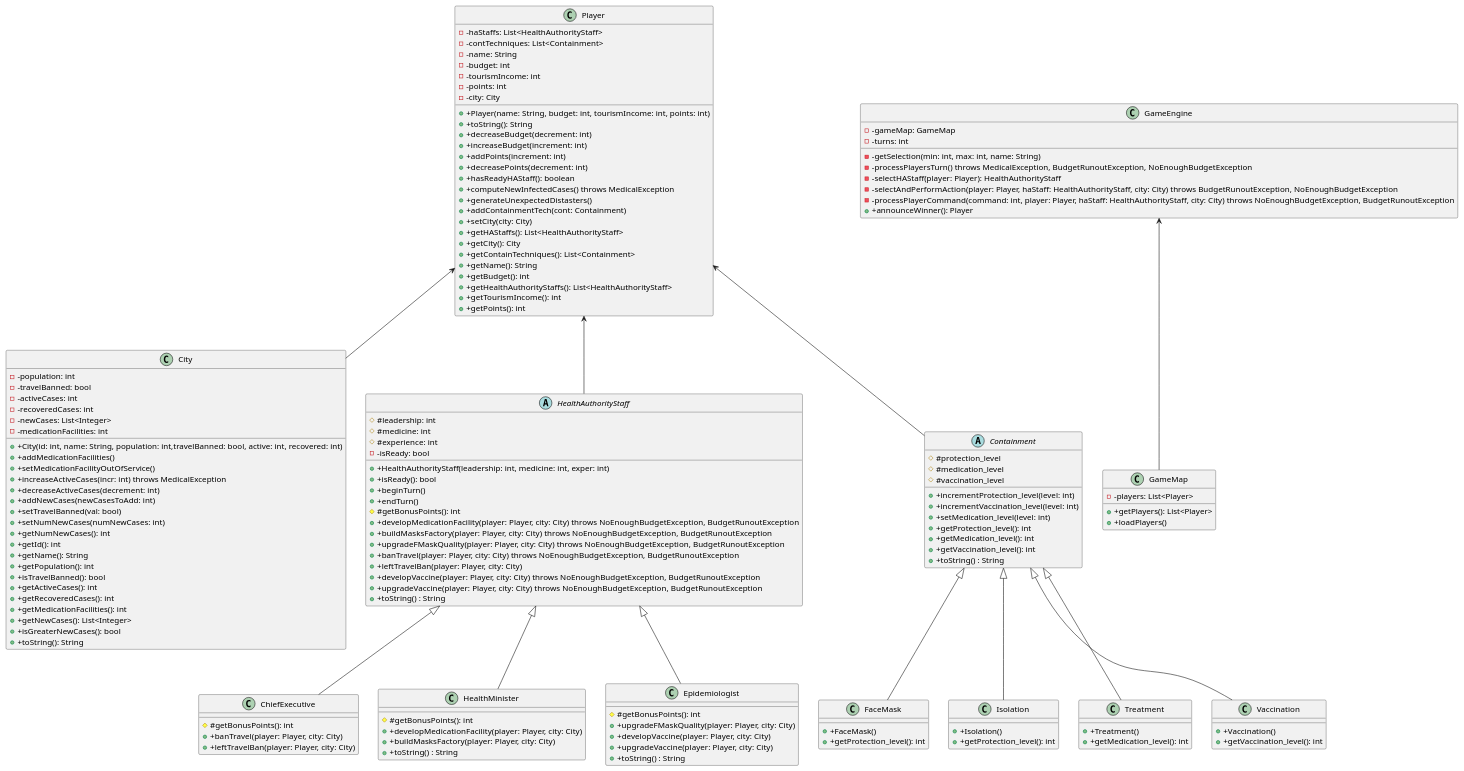
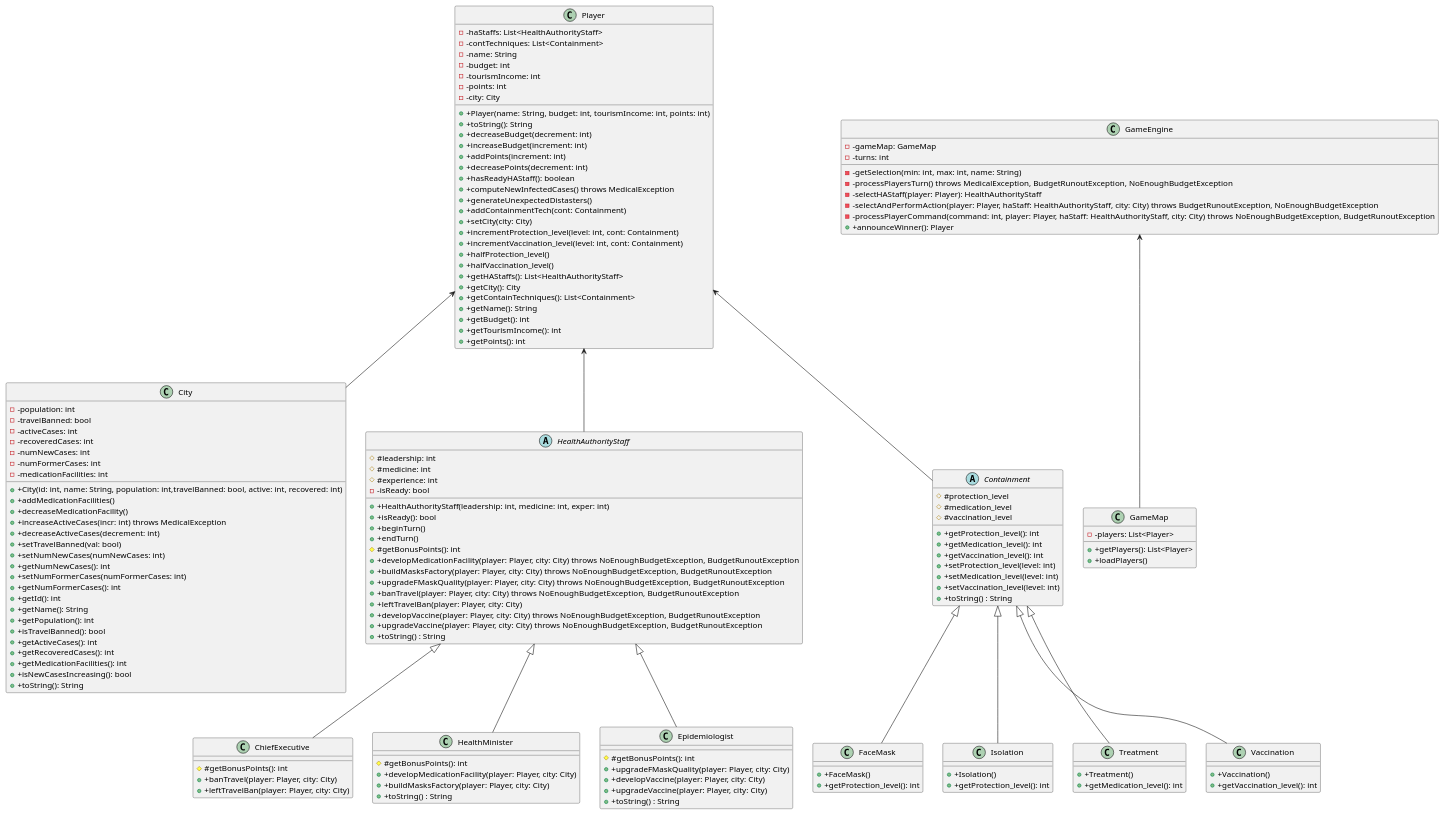
One commit to ahmad-hl/comp3021-corona-spring2021 changed the diagram in engine.puml. Above: the diagram before and after it, drawn with PlantUML. The commit also changed 9 other files, not shown here.

Commit message:
update Player: added increase and half protection, vaccination levels.

```diff
--- a/engine.puml
+++ b/engine.puml
@@ -1,156 +1,162 @@
 @startuml
 'https://plantuml.com/class-diagram
 class City{
 - -population: int
 - -travelBanned: bool
 - -activeCases: int
 - -recoveredCases: int
-- -newCases: List<Integer>
+- -numNewCases: int
+- -numFormerCases: int
 - -medicationFacilities: int
+
 + +City(id: int, name: String, population: int,travelBanned: bool, active: int, recovered: int)
 + +addMedicationFacilities()
-+ +setMedicationFacilityOutOfService()
++ +decreaseMedicationFacility()
 + +increaseActiveCases(incr: int) throws MedicalException
 + +decreaseActiveCases(decrement: int)
-+ +addNewCases(newCasesToAdd: int)
 + +setTravelBanned(val: bool)
 + +setNumNewCases(numNewCases: int)
 + +getNumNewCases(): int
++ +setNumFormerCases(numFormerCases: int)
++ +getNumFormerCases(): int
 + +getId(): int
 + +getName(): String
 + +getPopulation(): int
 + +isTravelBanned(): bool
 + +getActiveCases(): int
 + +getRecoveredCases(): int
 + +getMedicationFacilities(): int
-+ +getNewCases(): List<Integer>
-+ +isGreaterNewCases(): bool
++ +isNewCasesIncreasing(): bool
 + +toString(): String
 }
 
 class Player{
 - -haStaffs: List<HealthAuthorityStaff>
 - -contTechniques: List<Containment>
 - -name: String
 - -budget: int
 - -tourismIncome: int
 - -points: int
 - -city: City
 + +Player(name: String, budget: int, tourismIncome: int, points: int)
 + +toString(): String
 + +decreaseBudget(decrement: int)
 + +increaseBudget(increment: int)
 + +addPoints(increment: int)
 + +decreasePoints(decrement: int)
 + +hasReadyHAStaff(): boolean
 + +computeNewInfectedCases() throws MedicalException
 + +generateUnexpectedDistasters()
 + +addContainmentTech(cont: Containment)
 + +setCity(city: City)
++ +incrementProtection_level(level: int, cont: Containment)
++ +incrementVaccination_level(level: int, cont: Containment)
++ +halfProtection_level()
++ +halfVaccination_level()
 + +getHAStaffs(): List<HealthAuthorityStaff>
 + +getCity(): City
 + +getContainTechniques(): List<Containment>
 + +getName(): String
 + +getBudget(): int
-+ +getHealthAuthorityStaffs(): List<HealthAuthorityStaff>
 + +getTourismIncome(): int
 + +getPoints(): int
 }
 
 class GameEngine{
 - -gameMap: GameMap
 - -turns: int
 - -getSelection(min: int, max: int, name: String)
 - -processPlayersTurn() throws MedicalException, BudgetRunoutException, NoEnoughBudgetException
 - -selectHAStaff(player: Player): HealthAuthorityStaff
 - -selectAndPerformAction(player: Player, haStaff: HealthAuthorityStaff, city: City) throws BudgetRunoutException, NoEnoughBudgetException
 - -processPlayerCommand(command: int, player: Player, haStaff: HealthAuthorityStaff, city: City) throws NoEnoughBudgetException, BudgetRunoutException
 + +announceWinner(): Player
 }
 
 class GameMap{
 - -players: List<Player>
 + +getPlayers(): List<Player>
 + +loadPlayers()
 }
 
 abstract class HealthAuthorityStaff{
 # #leadership: int
 # #medicine: int
 # #experience: int
 - -isReady: bool
 + +HealthAuthorityStaff(leadership: int, medicine: int, exper: int)
 + +isReady(): bool
 + +beginTurn()
 + +endTurn()
 # #getBonusPoints(): int
 + +developMedicationFacility(player: Player, city: City) throws NoEnoughBudgetException, BudgetRunoutException
 + +buildMasksFactory(player: Player, city: City) throws NoEnoughBudgetException, BudgetRunoutException
 + +upgradeFMaskQuality(player: Player, city: City) throws NoEnoughBudgetException, BudgetRunoutException
 + +banTravel(player: Player, city: City) throws NoEnoughBudgetException, BudgetRunoutException
 + +leftTravelBan(player: Player, city: City)
 + +developVaccine(player: Player, city: City) throws NoEnoughBudgetException, BudgetRunoutException
 + +upgradeVaccine(player: Player, city: City) throws NoEnoughBudgetException, BudgetRunoutException
 + +toString() : String
 }
 
 class ChiefExecutive{
 # #getBonusPoints(): int
 + +banTravel(player: Player, city: City)
 + +leftTravelBan(player: Player, city: City)
 }
 class HealthMinister{
 # #getBonusPoints(): int
 + +developMedicationFacility(player: Player, city: City)
 + +buildMasksFactory(player: Player, city: City)
 + +toString() : String
 }
 class Epidemiologist{
 # #getBonusPoints(): int
 + +upgradeFMaskQuality(player: Player, city: City)
 + +developVaccine(player: Player, city: City)
 + +upgradeVaccine(player: Player, city: City)
 + +toString() : String
 }
 HealthAuthorityStaff <|-- ChiefExecutive
 HealthAuthorityStaff <|-- HealthMinister
 HealthAuthorityStaff <|-- Epidemiologist
 
 abstract class Containment{
 # #protection_level
 # #medication_level
 # #vaccination_level
-+ +incrementProtection_level(level: int)
-+ +incrementVaccination_level(level: int)
-+ +setMedication_level(level: int)
 + +getProtection_level(): int
 + +getMedication_level(): int
 + +getVaccination_level(): int
++ +setProtection_level(level: int)
++ +setMedication_level(level: int)
++ +setVaccination_level(level: int)
 + +toString() : String
 }
+
 class FaceMask{
 + +FaceMask()
 + +getProtection_level(): int
 }
 class Isolation{
 + +Isolation()
 + +getProtection_level(): int
 }
 class Treatment{
 + +Treatment()
 + +getMedication_level(): int
 }
 class Vaccination{
 + +Vaccination()
 + +getVaccination_level(): int
 }
 Containment <|-- FaceMask
 Containment <|-- Isolation
 Containment <|-- Treatment
 Containment <|-- Vaccination
 
 Player <-- City
 Player <-- Containment
 Player <-- HealthAuthorityStaff
 GameEngine <-- GameMap
 @enduml
```
